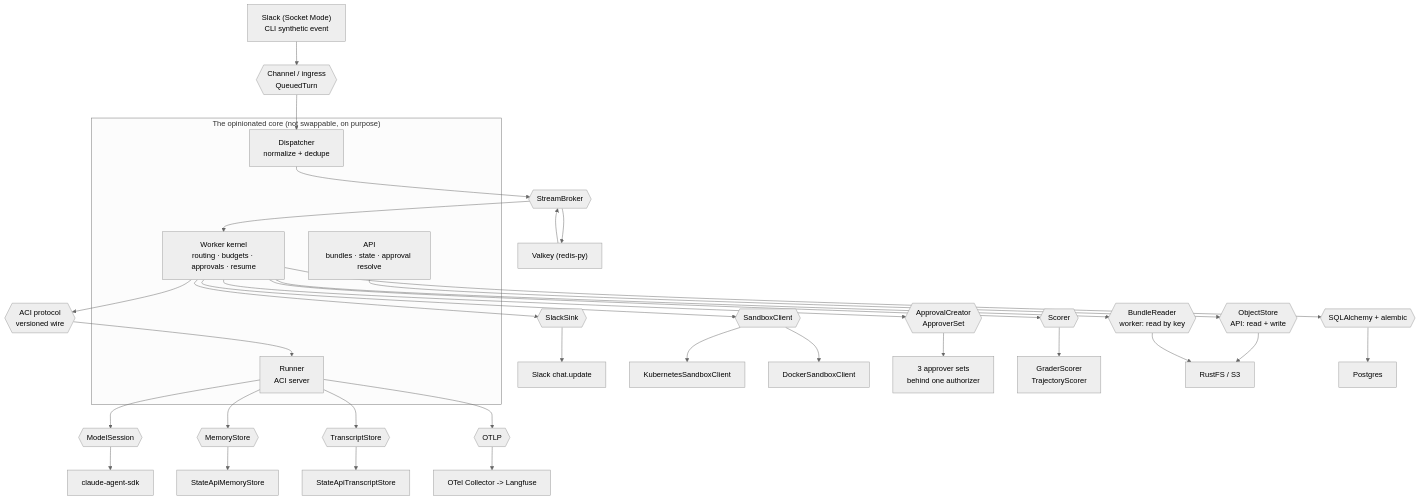
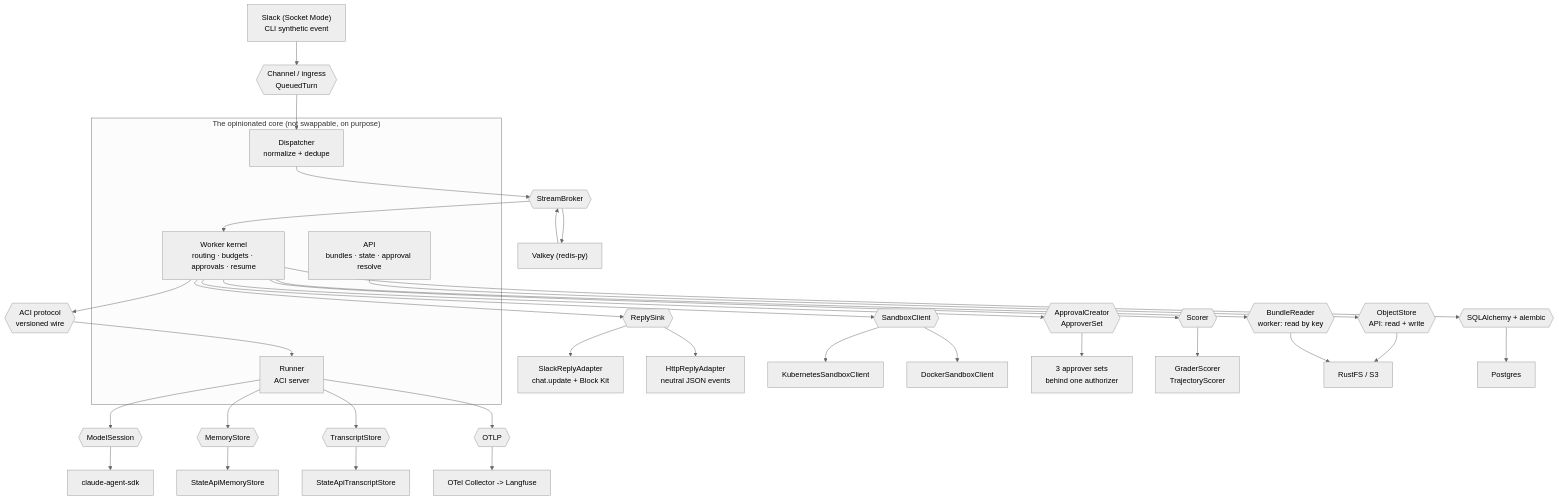
Before and after one commit to curie-eng/agentos: the diagram in docs/diagrams/seams.md, drawn with Mermaid (neutral theme). The commit also changed other lines of this file and 3 other files, not shown here.

First line of the commit message:
docs: document neutral reply egress

````diff
--- a/docs/diagrams/seams.md
+++ b/docs/diagrams/seams.md
@@ -20,42 +20,43 @@
 ```mermaid
 flowchart TB
     subgraph core["The opinionated core (not swappable, on purpose)"]
         Disp["Dispatcher<br/>normalize + dedupe"]
         API["API<br/>bundles · state · approval resolve"]
         Worker["Worker kernel<br/>routing · budgets · approvals · resume"]
         Runner["Runner<br/>ACI server"]
     end
 
     InP{{"Channel / ingress<br/>QueuedTurn"}}
-    OutP{{"SlackSink"}}
+    OutP{{"ReplySink"}}
     QP{{"StreamBroker"}}
     SubP{{"SandboxClient"}}
     ACIP{{"ACI protocol<br/>versioned wire"}}
     MSP{{"ModelSession"}}
     ObjP{{"ObjectStore<br/>API: read + write"}}
     BundP{{"BundleReader<br/>worker: read by key"}}
     DBP{{"SQLAlchemy + alembic"}}
     ApprP{{"ApprovalCreator<br/>ApproverSet"}}
     MemP{{"MemoryStore"}}
     HistP{{"TranscriptStore"}}
     ScoreP{{"Scorer"}}
     OTelP{{"OTLP"}}
 
     Slack["Slack (Socket Mode)<br/>CLI synthetic event"] --> InP --> Disp
     Disp --> QP --> Valkey["Valkey (redis-py)"]
     Valkey --> QP --> Worker
-    Worker --> OutP --> SlackOut["Slack chat.update"]
+    Worker --> OutP --> SlackOut["SlackReplyAdapter<br/>chat.update + Block Kit"]
+    OutP --> HttpOut["HttpReplyAdapter<br/>neutral JSON events"]
     Worker --> SubP
     SubP --> K8s["KubernetesSandboxClient"]
     SubP --> Dock["DockerSandboxClient"]
     Worker --> ACIP --> Runner
     Runner --> MSP --> SDK["claude-agent-sdk"]
     Runner --> MemP --> MemImpl["StateApiMemoryStore"]
     Runner --> HistP --> HistImpl["StateApiTranscriptStore"]
     Worker --> ApprP --> ApprImpl["3 approver sets<br/>behind one authorizer"]
     Worker --> ScoreP --> ScoreImpl["GraderScorer<br/>TrajectoryScorer"]
     API --> ObjP --> RustFS["RustFS / S3"]
     Worker --> BundP --> RustFS
     Worker --> DBP --> PG["Postgres"]
     Runner --> OTelP --> Coll["OTel Collector -> Langfuse"]
 ```
````
